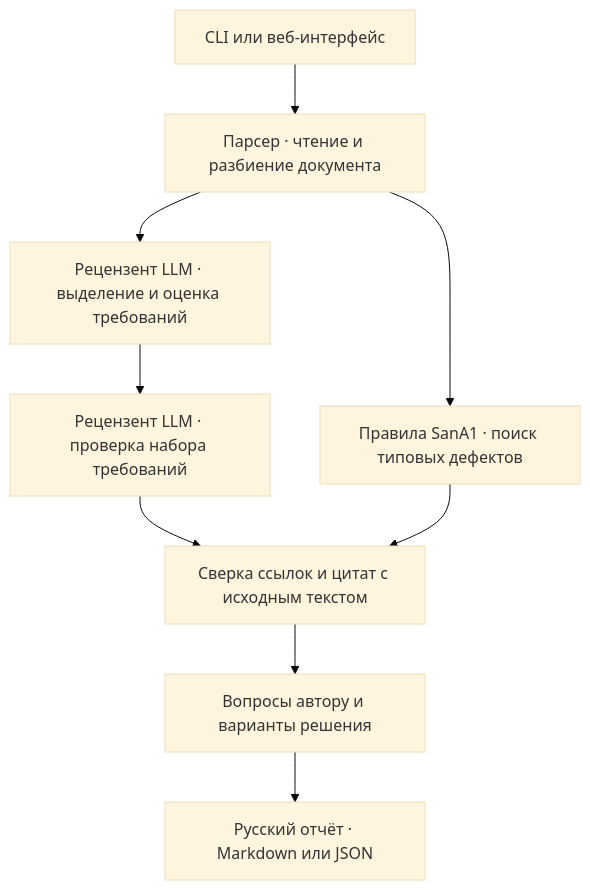
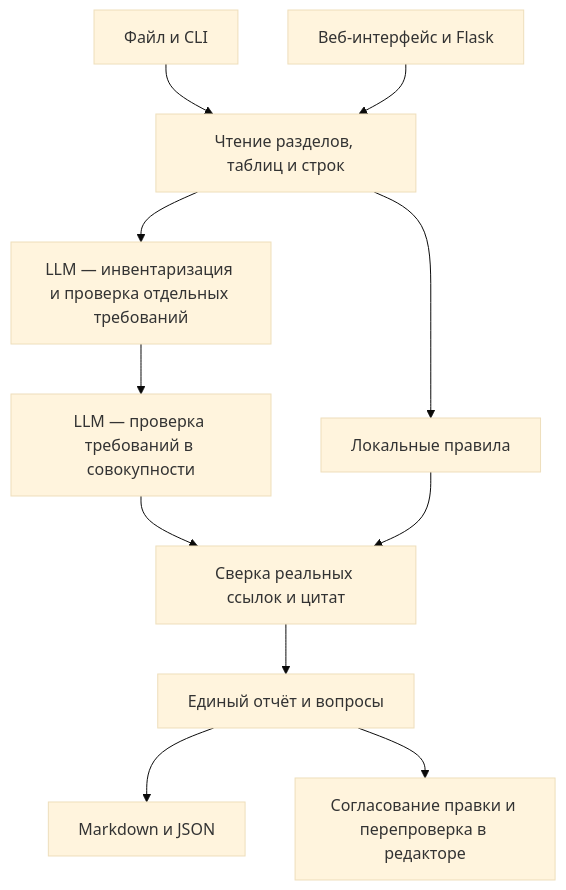
The diagram in README.md (mansurkenma54/SanA1-Hackathon), drawn with Mermaid (base theme) before and after one commit. The commit also changed other lines of this file and 16 other files, not shown here.

````diff
--- a/README.md
+++ b/README.md
@@ -87,11 +104,13 @@
 ```mermaid
 flowchart TD
-    IN[CLI или веб-интерфейс] --> READ[Парсер · чтение и разбиение документа]
-    READ --> ONE[Рецензент LLM · выделение и оценка требований]
-    READ --> RULES[Правила SanA1 · поиск типовых дефектов]
-    ONE --> SET[Рецензент LLM · проверка набора требований]
-    SET --> EVIDENCE[Сверка ссылок и цитат с исходным текстом]
-    RULES --> EVIDENCE
-    EVIDENCE --> QUESTIONS[Вопросы автору и варианты решения]
-    QUESTIONS --> REPORT[Русский отчёт · Markdown или JSON]
+    CLI[Файл и CLI] --> Input[Чтение разделов, таблиц и строк]
+    Web[Веб-интерфейс и Flask] --> Input
+    Input --> Rules[Локальные правила]
+    Input --> Individual[LLM — инвентаризация и проверка отдельных требований]
+    Individual --> Set[LLM — проверка требований в совокупности]
+    Set --> Evidence[Сверка реальных ссылок и цитат]
+    Rules --> Evidence
+    Evidence --> Report[Единый отчёт и вопросы]
+    Report --> Export[Markdown и JSON]
+    Report --> Review[Согласование правки и перепроверка в редакторе]
 ```
````
